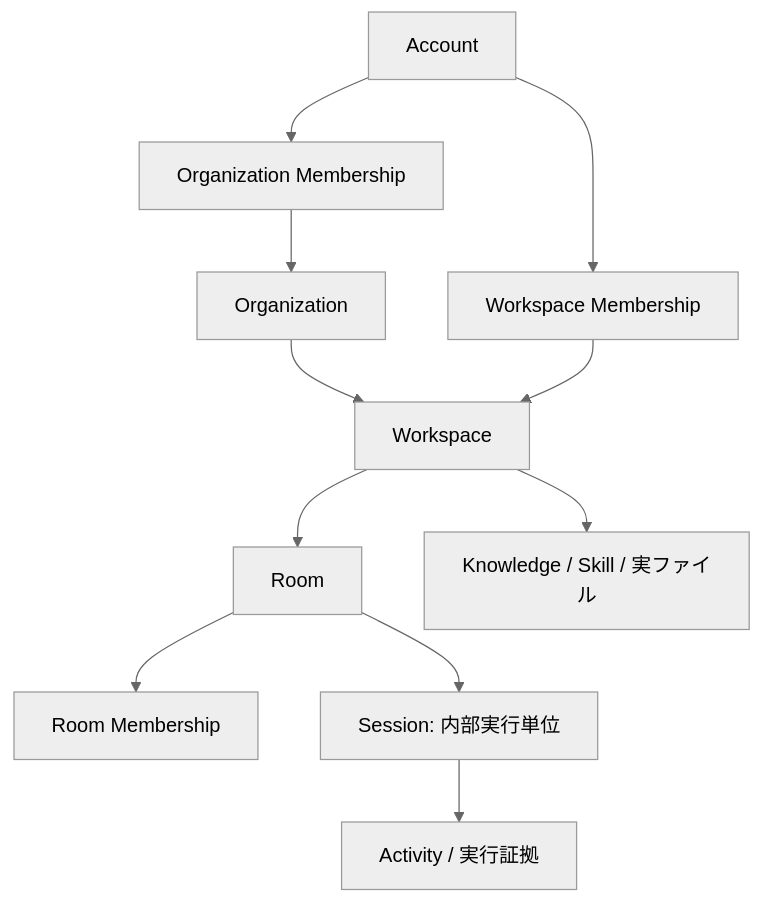
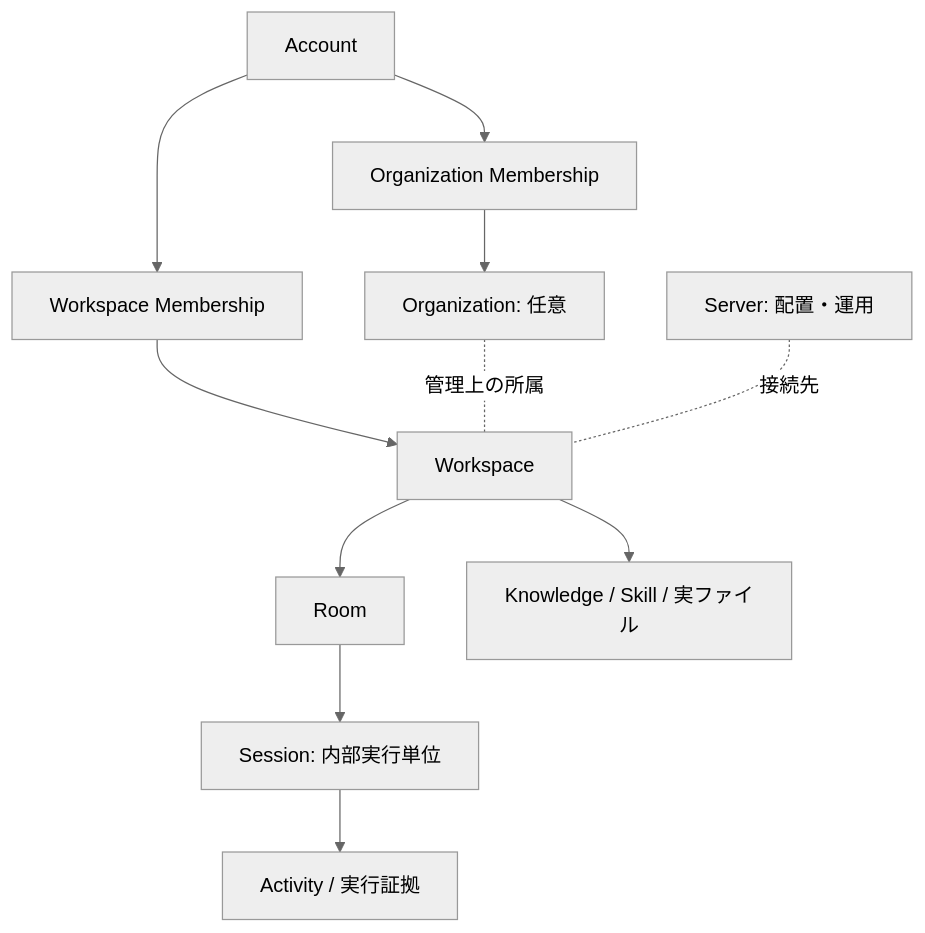
One commit to Takuma-kaho/Samurai-Agent changed the first of 2 diagrams in docs/designs/organization.md. Above: the diagram before and after it, drawn with Mermaid (neutral theme). The commit also changed other lines of this file and 108 other files, not shown here.

````diff
--- a/docs/designs/organization.md
+++ b/docs/designs/organization.md
@@ -41,13 +50,13 @@
-```mermaid
+~~~mermaid
 flowchart TD
-  A[Account] --> OM[Organization Membership]
-  OM --> O[Organization]
-  O --> W[Workspace]
-  A --> WM[Workspace Membership]
-  WM --> W
+  A[Account] --> WM[Workspace Membership]
+  WM --> W[Workspace]
   W --> R[Room]
-  R --> RM[Room Membership]
   R --> S[Session: 内部実行単位]
   S --> AC[Activity / 実行証拠]
   W --> K[Knowledge / Skill / 実ファイル]
-```
+  A --> OM[Organization Membership]
+  OM --> O[Organization: 任意]
+  O -.管理上の所属.- W
+  SV[Server: 配置・運用] -.接続先.- W
+~~~
````
